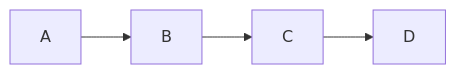
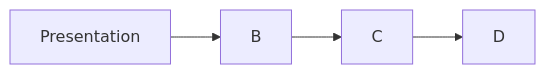
One commit to Web-learning/WIR changed the diagram in introduction/README.md. Above: the diagram before and after it, drawn with Mermaid.

Commit message:
Update flowchart node label from 'A' to 'Presentation'

````diff
--- a/introduction/README.md
+++ b/introduction/README.md
@@ -2,4 +2,4 @@
 ```mermaid
 flowchart LR
-A --> B --> C --> D
+Presentation --> B --> C --> D
 ```
````
